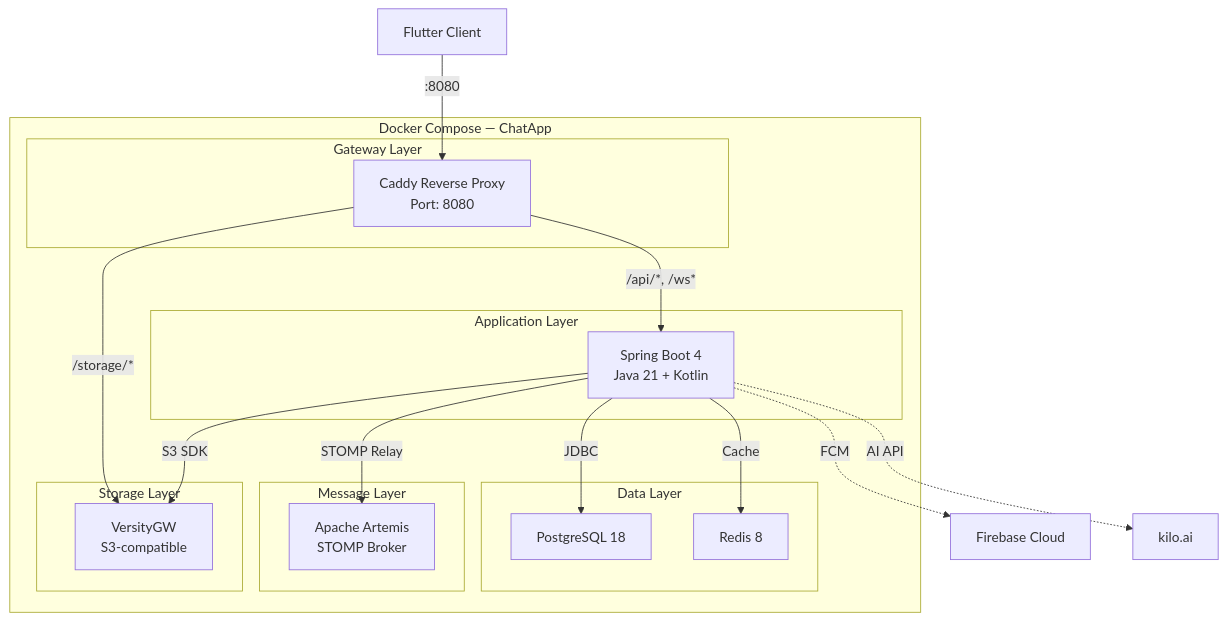
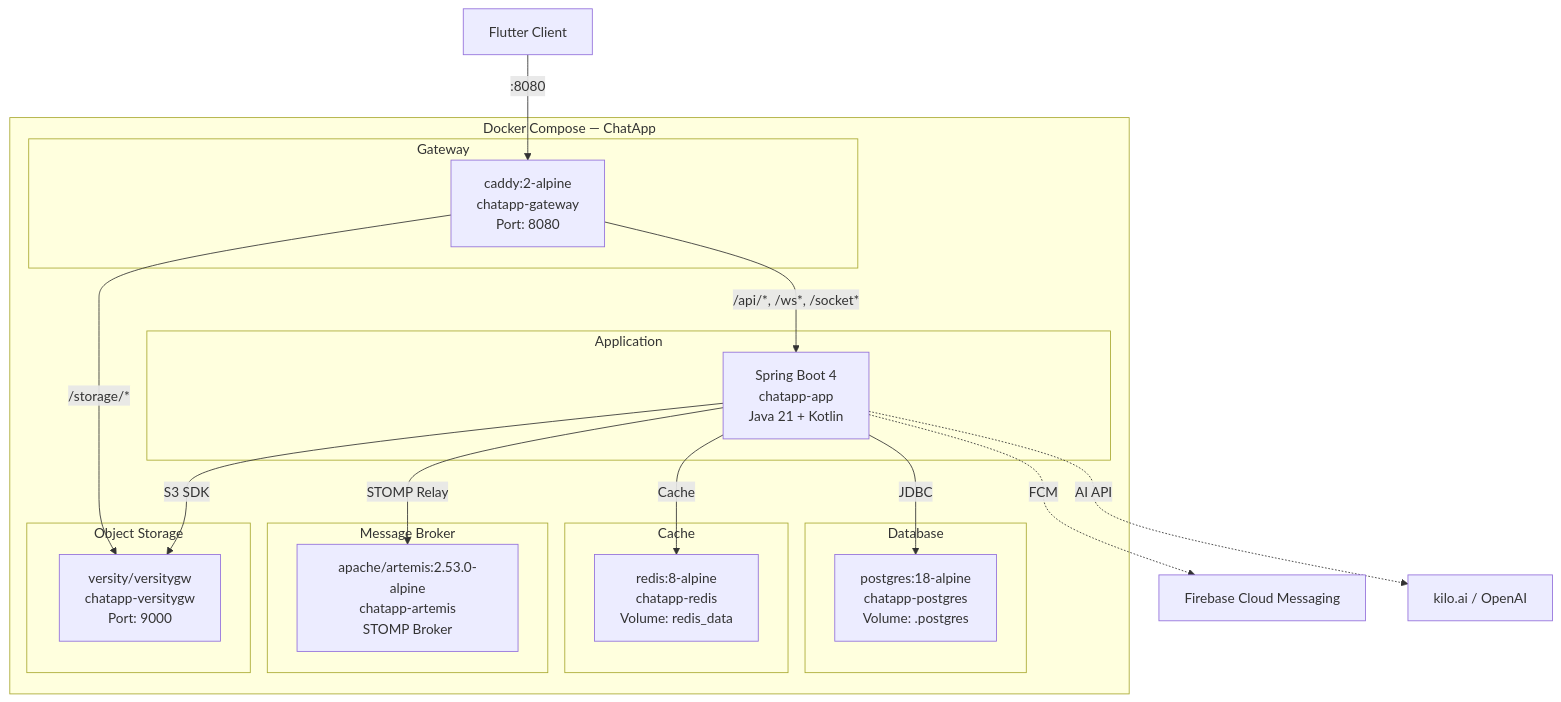
The tenth of 10 diagrams in bao_cao_thanh_vien_3.md (HiepNguyen284/chatapp), drawn with Mermaid before and after one commit. The commit also changed other lines of this file and 4473 other files, not shown here.

````diff
--- a/bao_cao_thanh_vien_3.md
+++ b/bao_cao_thanh_vien_3.md
@@ -1247,31 +1068,38 @@
 ```mermaid
 graph TB
     subgraph DockerCompose["Docker Compose — ChatApp"]
-        subgraph GW["Gateway Layer"]
-            Caddy["Caddy Reverse Proxy<br/>Port: 8080"]
+        subgraph GW["Gateway"]
+            Caddy["caddy:2-alpine<br/>chatapp-gateway<br/>Port: 8080"]
         end
-        subgraph AppLayer["Application Layer"]
-            SpringBoot["Spring Boot 4<br/>Java 21 + Kotlin"]
+
+        subgraph App["Application"]
+            SpringBoot["Spring Boot 4<br/>chatapp-app<br/>Java 21 + Kotlin"]
         end
-        subgraph DataLayer["Data Layer"]
-            Postgres["PostgreSQL 18"]
-            Redis["Redis 8"]
+
+        subgraph DB["Database"]
+            Postgres["postgres:18-alpine<br/>chatapp-postgres<br/>Volume: .postgres"]
         end
-        subgraph MsgLayer["Message Layer"]
-            Artemis["Apache Artemis<br/>STOMP Broker"]
+
+        subgraph Cache["Cache"]
+            Redis["redis:8-alpine<br/>chatapp-redis<br/>Volume: redis_data"]
         end
-        subgraph StorageLayer["Storage Layer"]
-            VersityGW["VersityGW<br/>S3-compatible"]
+
+        subgraph Broker["Message Broker"]
+            Artemis["apache/artemis:2.53.0-alpine<br/>chatapp-artemis<br/>STOMP Broker"]
+        end
+
+        subgraph ObjStore["Object Storage"]
+            VersityGW["versity/versitygw<br/>chatapp-versitygw<br/>Port: 9000"]
         end
     end
 
     Client["Flutter Client"] -->|":8080"| Caddy
-    Caddy -->|"/api/*, /ws*"| SpringBoot
+    Caddy -->|"/api/*, /ws*, /socket*"| SpringBoot
     Caddy -->|"/storage/*"| VersityGW
     SpringBoot -->|"JDBC"| Postgres
     SpringBoot -->|"Cache"| Redis
     SpringBoot -->|"STOMP Relay"| Artemis
     SpringBoot -->|"S3 SDK"| VersityGW
-    SpringBoot -.->|"FCM"| Firebase["Firebase Cloud"]
-    SpringBoot -.->|"AI API"| LLM["kilo.ai"]
+    SpringBoot -.->|"FCM"| Firebase["Firebase Cloud Messaging"]
+    SpringBoot -.->|"AI API"| OpenAI["kilo.ai / OpenAI"]
 ```
````
